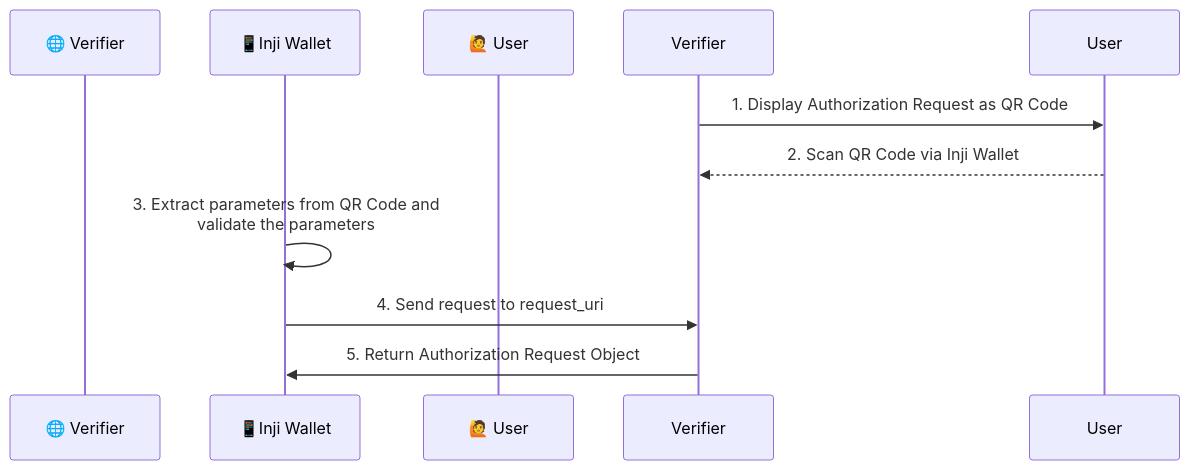
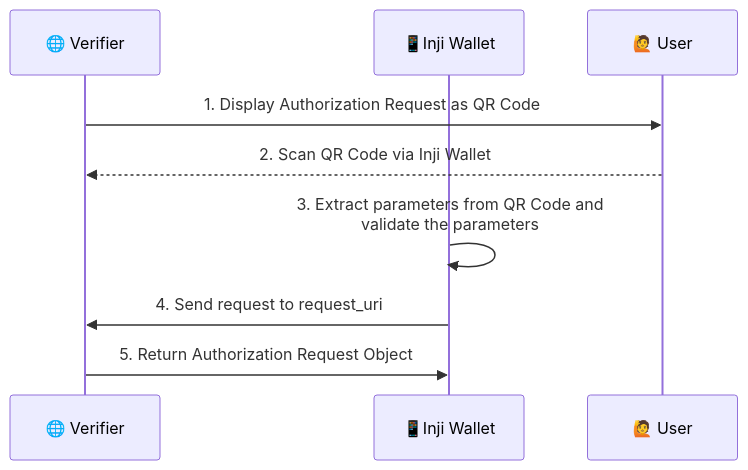
The first of 2 diagrams in docs/openid4vp-support.md (inji/inji-wallet), drawn with Mermaid before and after one commit. The commit also changed other lines of this file and 1 other file, not shown here.

````diff
--- a/docs/openid4vp-support.md
+++ b/docs/openid4vp-support.md
@@ -35,12 +35,12 @@
   ```mermaid
   sequenceDiagram
-    participant 🌐 Verifier
+    participant Verifier as 🌐 Verifier
     participant Inji_Wallet as 📱Inji Wallet
-    participant 🙋 User
+    participant User as 🙋 User
 
     Verifier->>User: 1. Display Authorization Request as QR Code
     User-->>Verifier: 2. Scan QR Code via Inji Wallet
     Inji_Wallet->>Inji_Wallet: 3. Extract parameters from QR Code and<br/> validate the parameters
     Inji_Wallet->>Verifier: 4. Send request to request_uri
     Verifier->>Inji_Wallet: 5. Return Authorization Request Object
   ```
````
